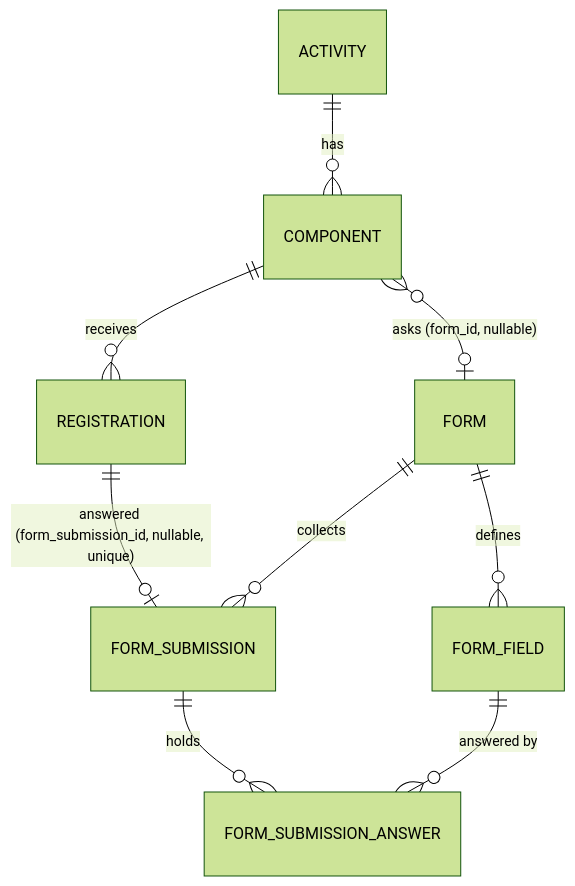
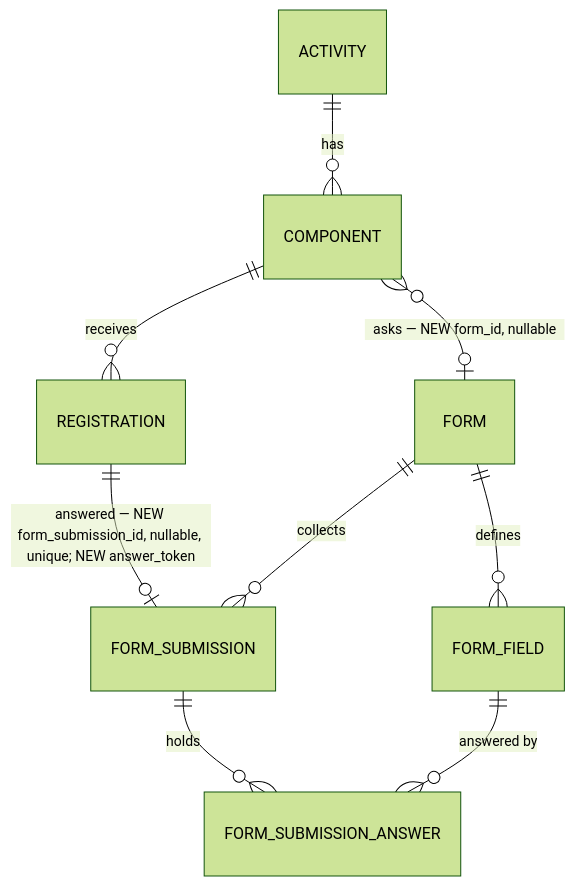
The sixth of 6 diagrams in docs/change_request_14_registration_questions.md (KoenRenders/KoenTest), drawn with Mermaid (forest theme) before and after one commit. The commit also changed other lines of this file and 1 other file, not shown here.

First line of the commit message:
docs(cr-template, cr-14): B2 for three readers — fit (usage, traceability, walkthrough), the whole (structure, impact), per module with effort, cross-cutting checklist; B8 in two levels; ER marks what is new (Koen, 29 September 2026)

````diff
--- a/docs/change_request_14_registration_questions.md
+++ b/docs/change_request_14_registration_questions.md
@@ -742,11 +880,11 @@
 ```mermaid
 erDiagram
   ACTIVITY ||--o{ COMPONENT : has
-  COMPONENT }o--o| FORM : "asks (form_id, nullable)"
+  COMPONENT }o--o| FORM : "asks — NEW form_id, nullable"
   COMPONENT ||--o{ REGISTRATION : receives
-  REGISTRATION ||--o| FORM_SUBMISSION : "answered (form_submission_id, nullable, unique)"
+  REGISTRATION ||--o| FORM_SUBMISSION : "answered — NEW form_submission_id, nullable, unique; NEW answer_token"
   FORM ||--o{ FORM_FIELD : defines
   FORM ||--o{ FORM_SUBMISSION : collects
   FORM_SUBMISSION ||--o{ FORM_SUBMISSION_ANSWER : holds
   FORM_FIELD ||--o{ FORM_SUBMISSION_ANSWER : "answered by"
 ```
````
